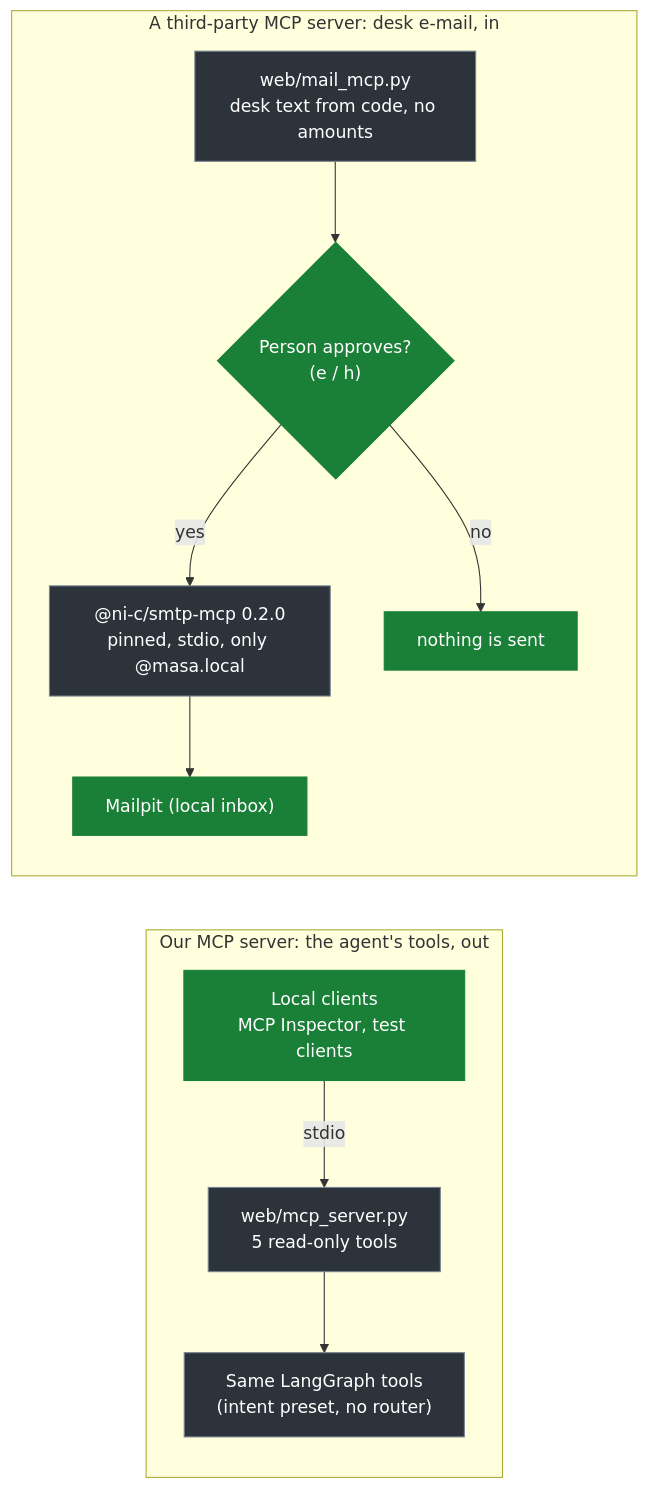
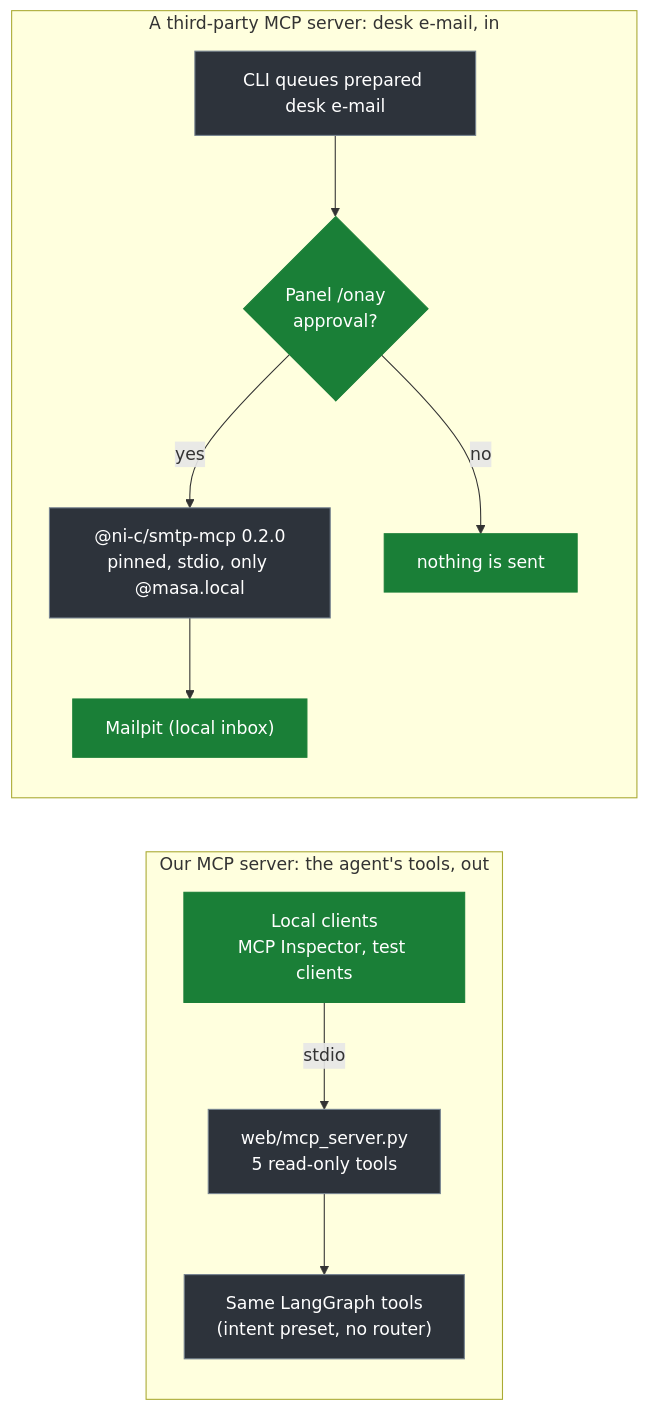
Before and after one commit to sfeyzayildiz/kap-triage: the third of 3 diagrams in docs/architecture.md, drawn with Mermaid. The commit also changed other lines of this file and 3 other files, not shown here.

Commit message:
Update docs for panel mail approval and five result checks (#26)

````diff
--- a/docs/architecture.md
+++ b/docs/architecture.md
@@ -96,16 +96,16 @@
 ```mermaid
 flowchart LR
     classDef llm fill:#8250df,stroke:#8250df,color:#ffffff
     classDef code fill:#2d333b,stroke:#768390,color:#ffffff
     classDef out fill:#1a7f37,stroke:#1a7f37,color:#ffffff
 
     subgraph OUT["Our MCP server: the agent's tools, out"]
         C["Local clients<br/>MCP Inspector, test clients"]:::out -- stdio --> S["web/mcp_server.py<br/>5 read-only tools"]:::code
         S --> G["Same LangGraph tools<br/>(intent preset, no router)"]:::code
     end
     subgraph IN["A third-party MCP server: desk e-mail, in"]
-        M["web/mail_mcp.py<br/>desk text from code, no amounts"]:::code --> H{"Person approves?<br/>(e / h)"}:::out
+        M["CLI queues prepared desk e-mail"]:::code --> H{"Panel /onay<br/>approval?"}:::out
         H -- yes --> SM["@ni-c/smtp-mcp 0.2.0<br/>pinned, stdio, only @masa.local"]:::code --> MP["Mailpit (local inbox)"]:::out
         H -- no --> X["nothing is sent"]:::out
     end
 ```
````
